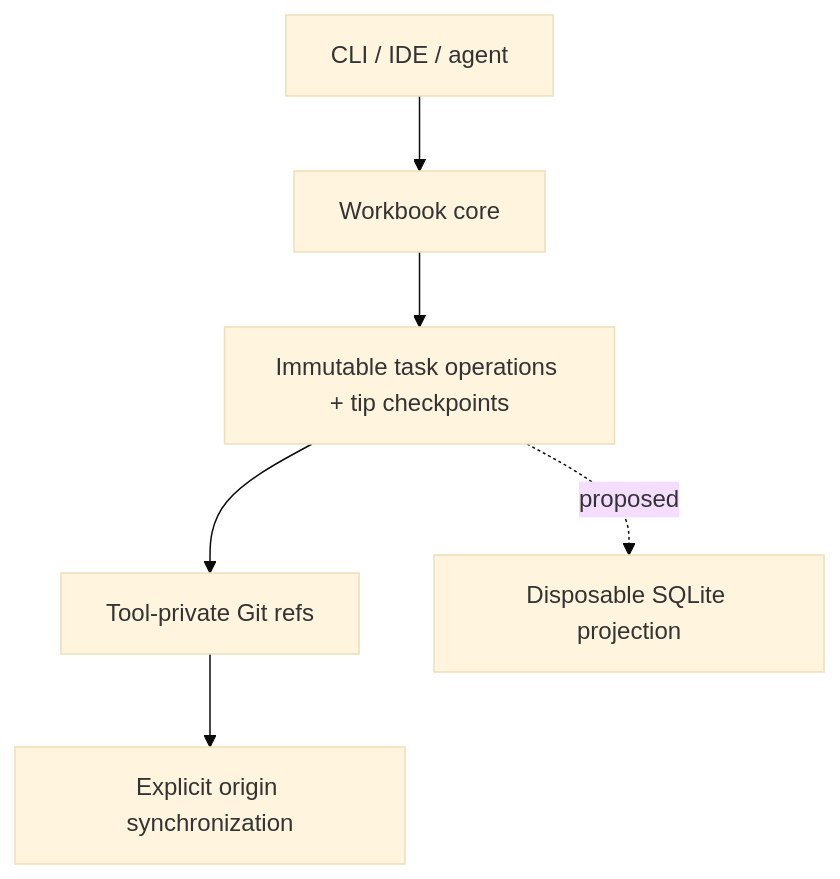
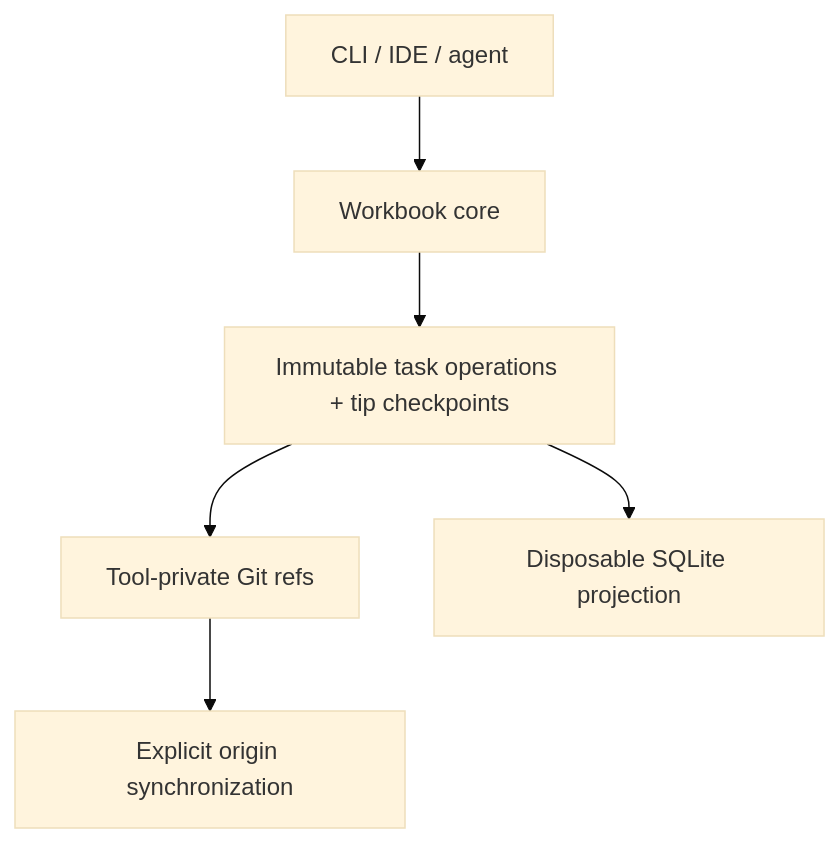
The diagram in README.md (dgoings/workbook), drawn with Mermaid (base theme) before and after one commit. The commit also changed other lines of this file and 8 other files, not shown here.

Commit message:
feat: query tasks from SQLite projection

````diff
--- a/README.md
+++ b/README.md
@@ -264,8 +269,8 @@
 ```mermaid
 flowchart TD
     CLI["CLI / IDE / agent"] --> Core["Workbook core"]
     Core --> Ops["Immutable task operations + tip checkpoints"]
     Ops --> Refs["Tool-private Git refs"]
     Refs --> Remote["Explicit origin synchronization"]
-    Ops -. proposed .-> SQLite["Disposable SQLite projection"]
+    Ops --> SQLite["Disposable SQLite projection"]
 ```
````
